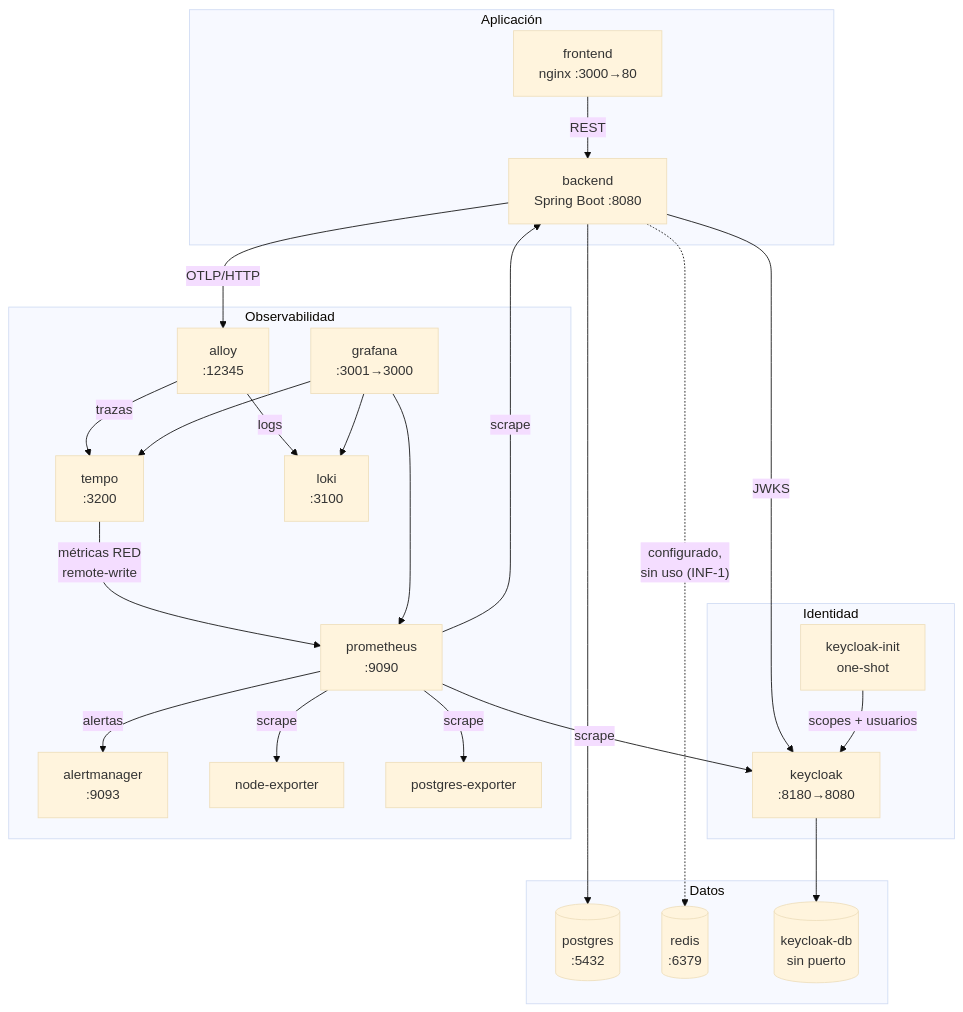
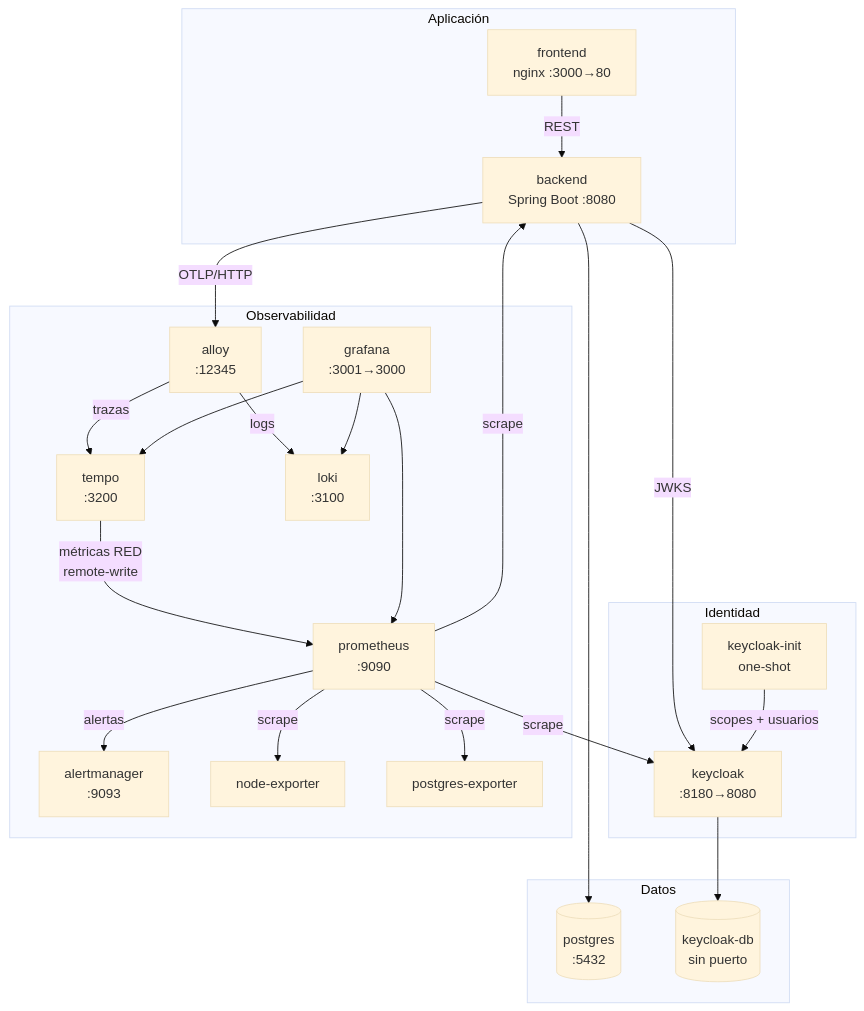
Before and after one commit to Gameoversv/Sistema-de-Gestion-de-Inventarios-Empresarial: the first of 5 diagrams in docs/arquitectura/vista-de-componentes.md, drawn with Mermaid (base theme). The commit also changed other lines of this file and 19 other files, not shown here.

````diff
--- a/docs/arquitectura/vista-de-componentes.md
+++ b/docs/arquitectura/vista-de-componentes.md
@@ -9,49 +9,47 @@
 ```mermaid
 graph TB
     subgraph APP["Aplicación"]
         FE["frontend<br/>nginx :3000→80"]
         BE["backend<br/>Spring Boot :8080"]
     end
 
     subgraph DATA["Datos"]
         PG[("postgres<br/>:5432")]
-        RD[("redis<br/>:6379")]
         KCDB[("keycloak-db<br/>sin puerto")]
     end
 
     subgraph IDP["Identidad"]
         KC["keycloak<br/>:8180→8080"]
         KCI["keycloak-init<br/>one-shot"]
     end
 
     subgraph OBS["Observabilidad"]
         AL["alloy<br/>:12345"]
         TE["tempo<br/>:3200"]
         LO["loki<br/>:3100"]
         PR["prometheus<br/>:9090"]
         AM["alertmanager<br/>:9093"]
         GR["grafana<br/>:3001→3000"]
         NE["node-exporter"]
         PE["postgres-exporter"]
     end
 
     FE -->|REST| BE
     BE --> PG
-    BE -.->|"configurado,<br/>sin uso (INF-1)"| RD
     BE -->|JWKS| KC
     KC --> KCDB
     KCI -->|"scopes + usuarios"| KC
 
     BE -->|"OTLP/HTTP"| AL
     AL -->|trazas| TE
     AL -->|logs| LO
     PR -->|scrape| BE
     PR -->|scrape| NE
     PR -->|scrape| PE
     PR -->|scrape| KC
     TE -->|"métricas RED<br/>remote-write"| PR
     PR -->|alertas| AM
     GR --> PR
     GR --> TE
     GR --> LO
 ```
````
